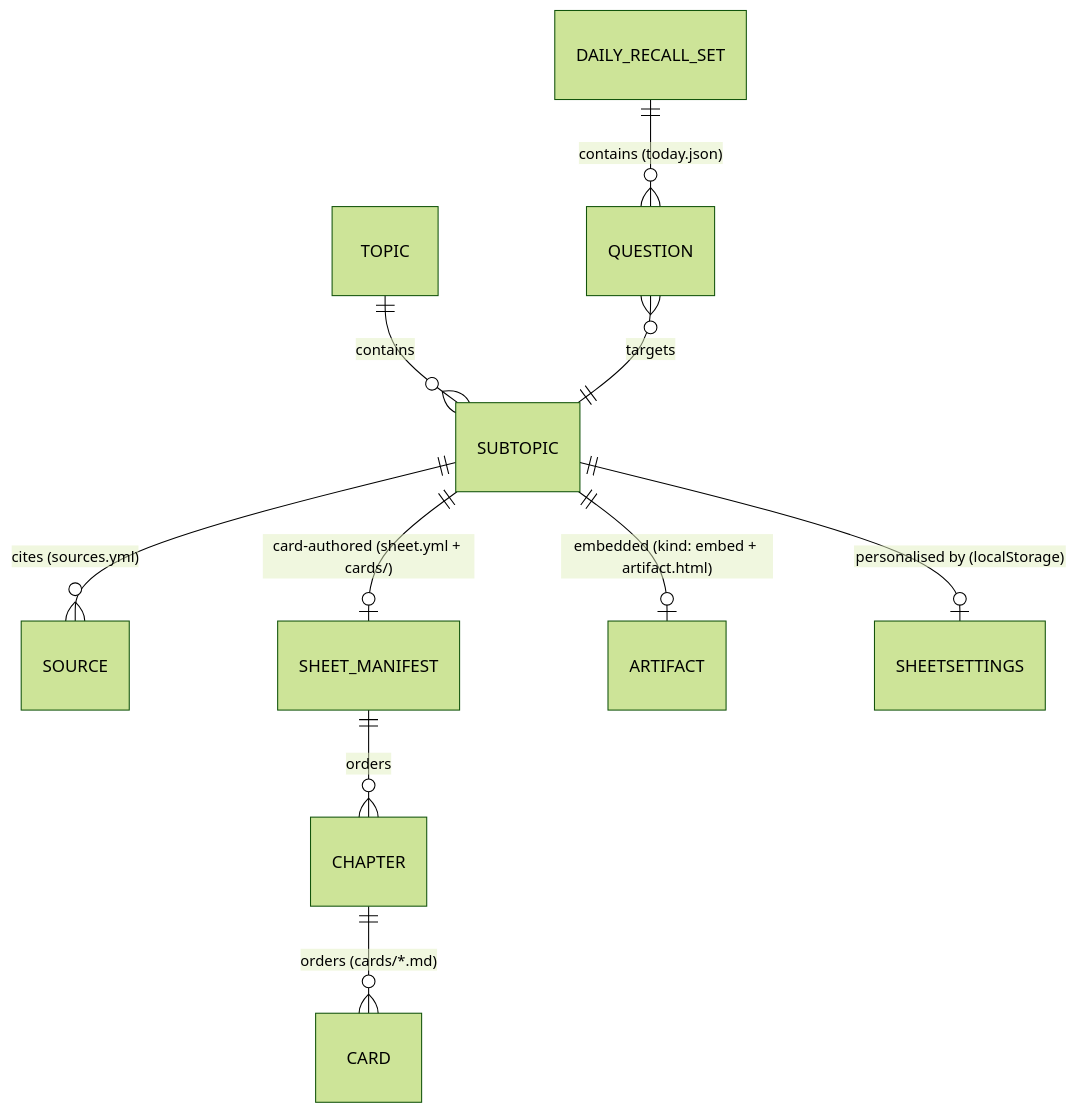
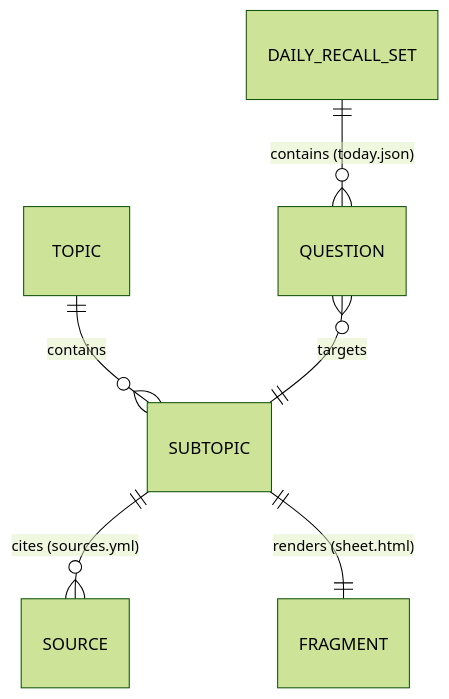
The second of 2 diagrams in docs/hldd/hldd.md (Povaz/cheatsheets), drawn with Mermaid (forest theme) before and after one commit. The commit also changed other lines of this file and 10 other files, not shown here.

````diff
--- a/docs/hldd/hldd.md
+++ b/docs/hldd/hldd.md
@@ -174,12 +166,8 @@
 ```mermaid
 erDiagram
     TOPIC ||--o{ SUBTOPIC : contains
     SUBTOPIC ||--o{ SOURCE : "cites (sources.yml)"
-    SUBTOPIC ||--o| SHEET_MANIFEST : "card-authored (sheet.yml + cards/)"
-    SUBTOPIC ||--o| ARTIFACT : "embedded (kind: embed + artifact.html)"
-    SHEET_MANIFEST ||--o{ CHAPTER : "orders"
-    CHAPTER ||--o{ CARD : "orders (cards/*.md)"
-    SUBTOPIC ||--o| SHEETSETTINGS : "personalised by (localStorage)"
+    SUBTOPIC ||--|| FRAGMENT : "renders (sheet.html)"
     DAILY_RECALL_SET ||--o{ QUESTION : "contains (today.json)"
     QUESTION }o--|| SUBTOPIC : "targets"
 ```
````
